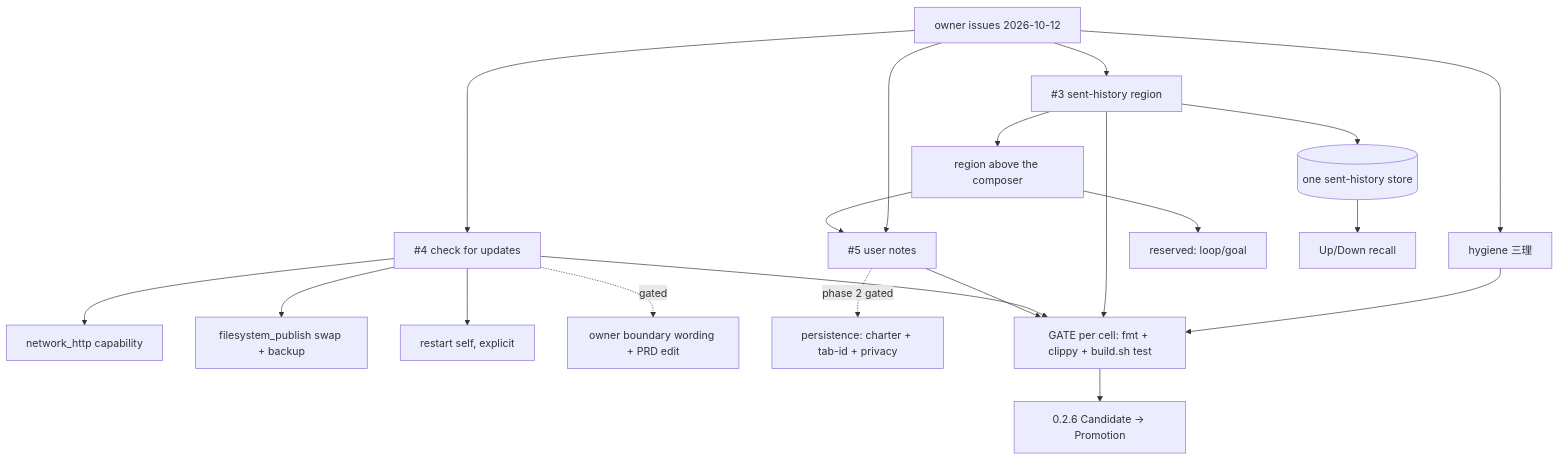
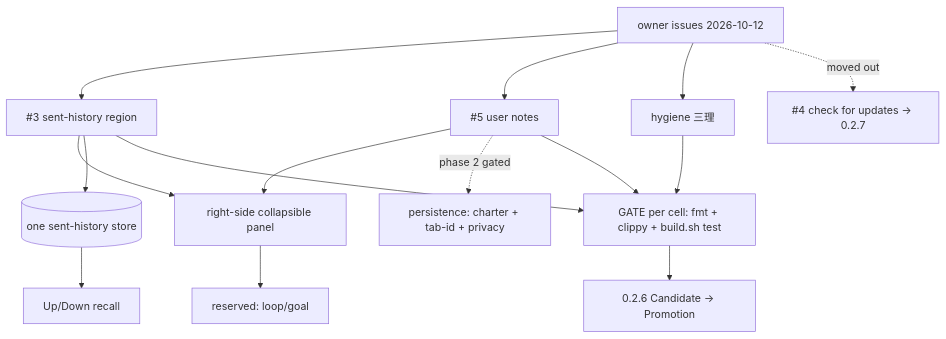
One commit to partnernetsoftware/minicon changed the diagram in plan/plan-v0.2.6.md. Above: the diagram before and after it, drawn with Mermaid. The commit also changed other lines of this file and 1 other file, not shown here.

First line of the commit message:
docs(plan): decide the sent-history/notes panel; move check-for-updates to 0.2.7

````diff
--- a/plan/plan-v0.2.6.md
+++ b/plan/plan-v0.2.6.md
@@ -163,22 +148,17 @@
 ```mermaid
 flowchart TD
     OWNER[owner issues 2026-10-12] --> SENT[#3 sent-history region]
-    OWNER --> UPD[#4 check for updates]
     OWNER --> NOTE[#5 user notes]
     OWNER --> HYG[hygiene 三理]
-    SENT --> REGION[region above the composer]
-    REGION --> NOTE
-    REGION --> RESV[reserved: loop/goal]
+    OWNER -.->|moved out| UPD[#4 check for updates -> 0.2.7]
+    SENT --> PANEL[right-side collapsible panel]
+    NOTE --> PANEL
+    PANEL --> RESV[reserved: loop/goal]
     SENT --> STORE[(one sent-history store)]
     STORE --> RECALL[Up/Down recall]
-    UPD --> HTTP[network_http capability]
-    UPD --> PUB[filesystem_publish swap + backup]
-    UPD --> RESTART[restart self, explicit]
-    UPD -.->|gated| BOUND[owner boundary wording + PRD edit]
     NOTE -.->|phase 2 gated| PERSIST[persistence: charter + tab-id + privacy]
     HYG --> GATE
     SENT --> GATE
-    UPD --> GATE
     NOTE --> GATE
     GATE[GATE per cell: fmt + clippy + build.sh test] --> SHIP[0.2.6 Candidate -> Promotion]
 ```
````
